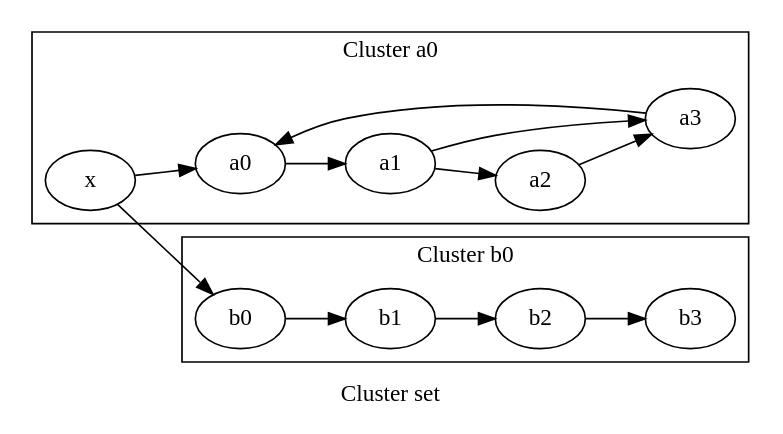
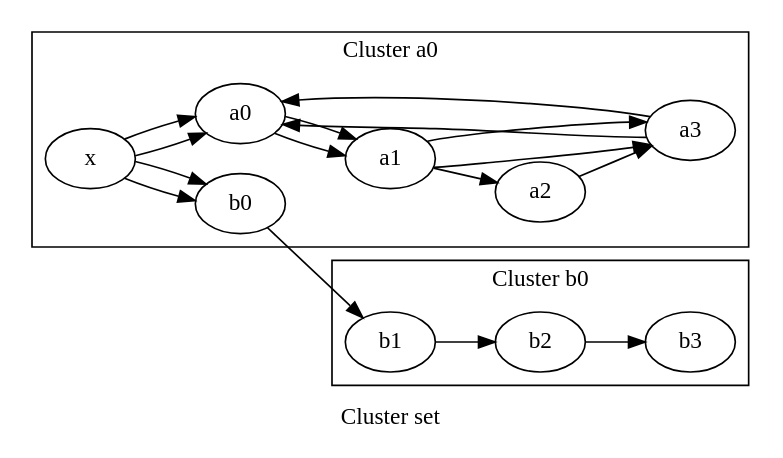
The diagram in data/12.clusters.out.gv (graphviz-perl/GraphViz2-Marpa-PathUtils), drawn with Graphviz before and after one commit. The commit also changed 9 other files, not shown here.

```diff
--- a/data/12.clusters.out.gv
+++ b/data/12.clusters.out.gv
@@ -1,46 +1,67 @@
 digraph G
 {
 graph [ label="Cluster set" rankdir="LR" ]
+
+subgraph "cluster a0"
+{
+graph [ label="Cluster a0" rankdir="LR" ]
+
+"a0"
+"a1"
+"a0" -> "a1" [ label="" ]
+"a1"
+"a3"
+"a1" -> "a3" [ label="" ]
+"a3"
+"a0"
+"a3" -> "a0" [ label="" ]
+"x"
+"a0"
+"x" -> "a0" [ label="" ]
+"x"
+"b0"
+"x" -> "b0" [ label="" ]
+}
 
 subgraph "cluster a0"
 {
 graph [ label="Cluster a0" rankdir="LR" ]
 
 "a0"
 "a1"
 "a0" -> "a1" [ label="" ]
 "a1"
 "a2"
 "a1" -> "a2" [ label="" ]
 "a1"
 "a3"
 "a1" -> "a3" [ label="" ]
 "a2"
 "a3"
 "a2" -> "a3" [ label="" ]
 "a3"
 "a0"
 "a3" -> "a0" [ label="" ]
 "x"
 "a0"
 "x" -> "a0" [ label="" ]
 }
 
 subgraph "cluster b0"
 {
 graph [ label="Cluster b0" rankdir="LR" ]
 
 "b0"
 "b1"
 "b0" -> "b1" [ label="" ]
 "b1"
 "b2"
 "b1" -> "b2" [ label="" ]
 "b2"
 "b3"
 "b2" -> "b3" [ label="" ]
 "x"
 "b0"
 "x" -> "b0" [ label="" ]
 }
 }
```
